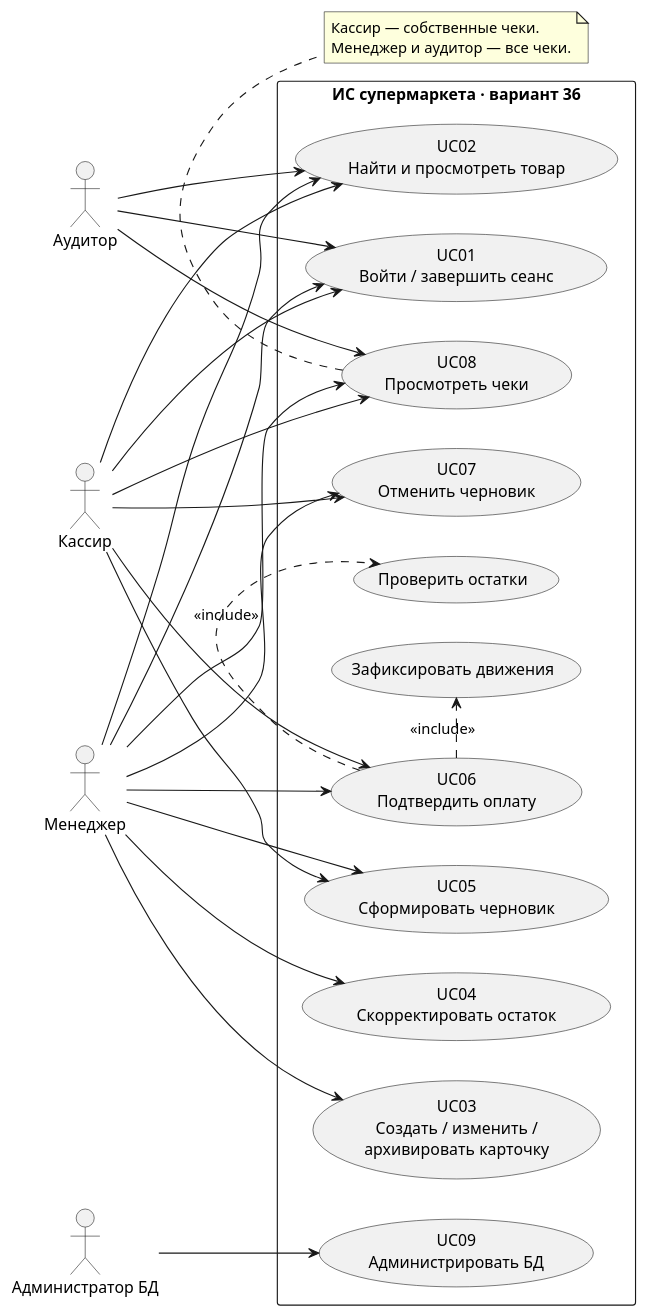
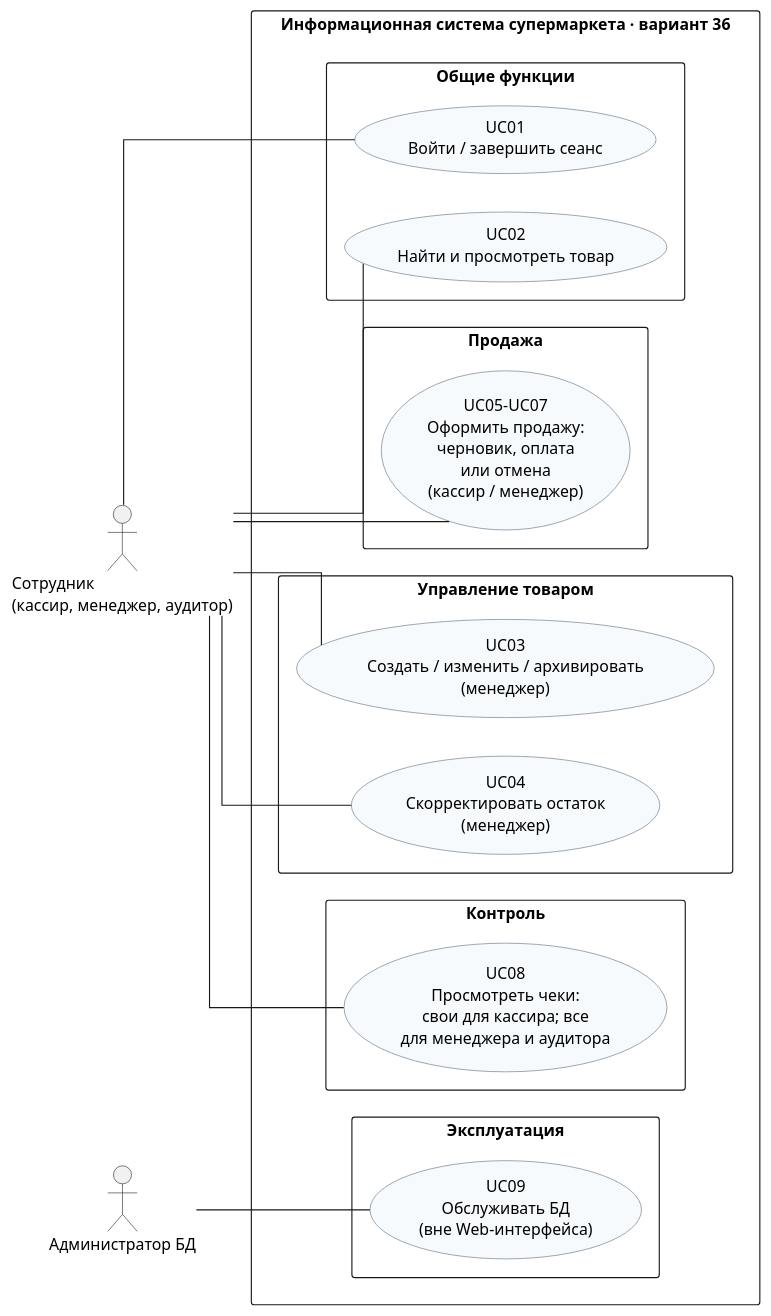
The diagram in 1lab/diagrams/01-use-case.puml (m2dyt/Prog_inj), drawn with PlantUML before and after one commit. The commit also changed 16 other files, not shown here.

```diff
--- a/1lab/diagrams/01-use-case.puml
+++ b/1lab/diagrams/01-use-case.puml
@@ -1,46 +1,49 @@
 @startuml
 left to right direction
 skinparam defaultFontName Arial
 skinparam shadowing false
-actor "Кассир" as Cashier
-actor "Менеджер" as Manager
-actor "Аудитор" as Auditor
+skinparam linetype ortho
+skinparam nodesep 34
+skinparam ranksep 40
+skinparam packageStyle rectangle
+skinparam usecase {
+  BackgroundColor #F7FAFC
+  BorderColor #526579
+}
+
+actor "Сотрудник\n(кассир, менеджер, аудитор)" as Staff
 actor "Администратор БД" as DBA
-rectangle "ИС супермаркета · вариант 36" {
-  usecase "UC01\nВойти / завершить сеанс" as Login
-  usecase "UC02\nНайти и просмотреть товар" as Browse
-  usecase "UC03\nСоздать / изменить /\nархивировать карточку" as Manage
-  usecase "UC04\nСкорректировать остаток" as Stock
-  usecase "UC05\nСформировать черновик" as Draft
-  usecase "UC06\nПодтвердить оплату" as Pay
-  usecase "UC07\nОтменить черновик" as Cancel
-  usecase "UC08\nПросмотреть чеки" as History
-  usecase "Проверить остатки" as Check
-  usecase "Зафиксировать движения" as Movement
-  usecase "UC09\nАдминистрировать БД" as Admin
+
+rectangle "Информационная система супермаркета · вариант 36" {
+  package "Общие функции" {
+    usecase "UC01\nВойти / завершить сеанс" as Login
+    usecase "UC02\nНайти и просмотреть товар" as Browse
+  }
+
+  package "Продажа" {
+    usecase "UC05–UC07\nОформить продажу:\nчерновик, оплата\nили отмена\n(кассир / менеджер)" as Sale
+  }
+
+  package "Управление товаром" {
+    usecase "UC03\nСоздать / изменить / архивировать\n(менеджер)" as Manage
+    usecase "UC04\nСкорректировать остаток\n(менеджер)" as Stock
+  }
+
+  package "Контроль" {
+    usecase "UC08\nПросмотреть чеки:\nсвои для кассира; все\nдля менеджера и аудитора" as History
+  }
+
+  package "Эксплуатация" {
+    usecase "UC09\nОбслуживать БД\n(вне Web-интерфейса)" as Admin
+  }
 }
-Cashier --> Login
-Cashier --> Browse
-Cashier --> Draft
-Cashier --> Pay
-Cashier --> Cancel
-Cashier --> History
-Manager --> Login
-Manager --> Browse
-Manager --> Manage
-Manager --> Stock
-Manager --> Draft
-Manager --> Pay
-Manager --> Cancel
-Manager --> History
-Auditor --> Login
-Auditor --> Browse
-Auditor --> History
-DBA --> Admin
-Pay .> Check : <<include>>
-Pay .> Movement : <<include>>
-note bottom of History
-Кассир — собственные чеки.
-Менеджер и аудитор — все чеки.
-end note
+
+Staff -- Login
+Staff -- Browse
+Staff -- Sale
+Staff -- Manage
+Staff -- Stock
+Staff -- History
+DBA -- Admin
+
 @enduml
```
